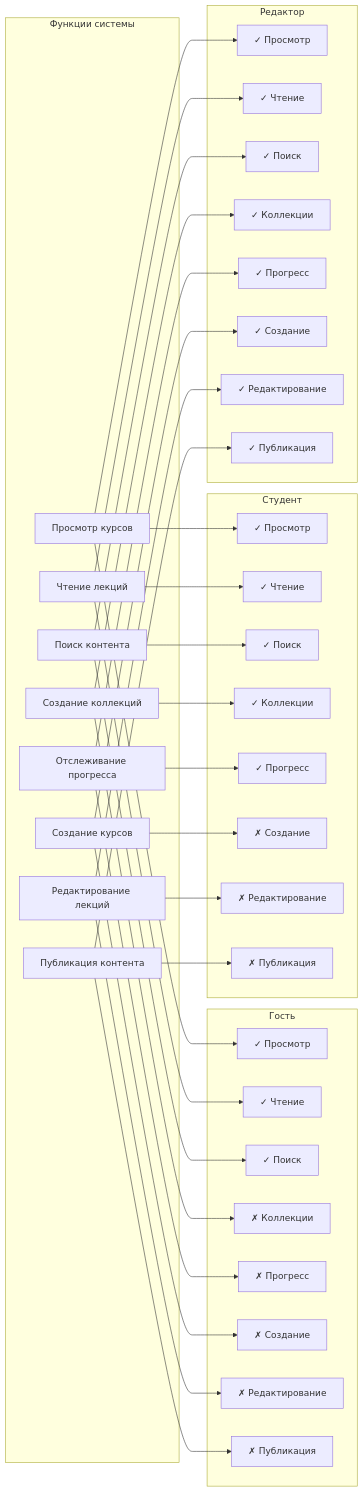
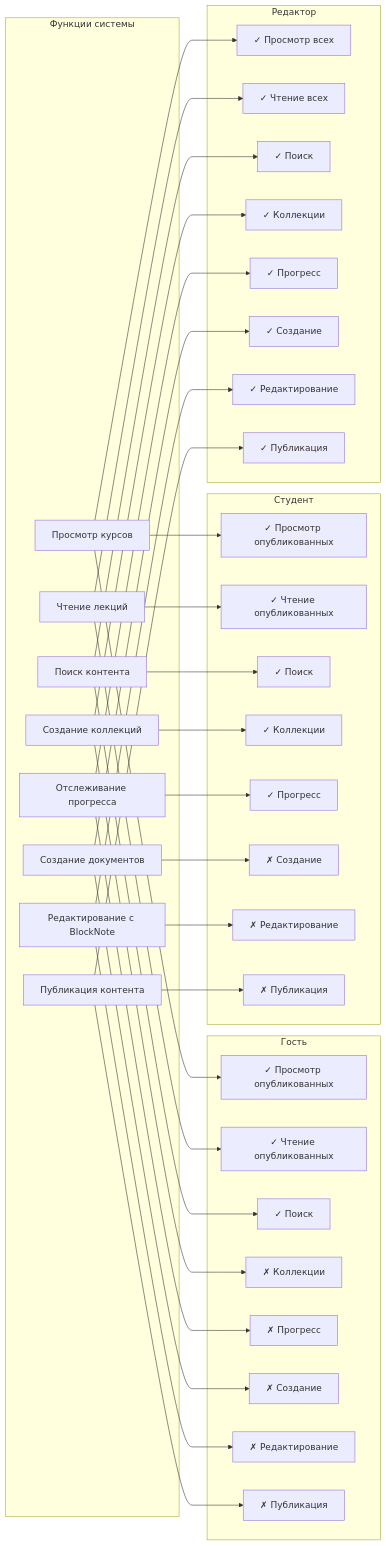
Before and after one commit to a1x02/BiGOR_2.0: the tenth of 11 diagrams in ARCHITECTURE_DIAGRAM.md, drawn with Mermaid. The commit also changed other lines of this file and 4 other files, not shown here.

````diff
--- a/ARCHITECTURE_DIAGRAM.md
+++ b/ARCHITECTURE_DIAGRAM.md
@@ -462,78 +441,78 @@
 ```mermaid
 graph LR
     subgraph "Функции системы"
         A[Просмотр курсов]
         B[Чтение лекций]
         C[Поиск контента]
         D[Создание коллекций]
         E[Отслеживание прогресса]
-        F[Создание курсов]
-        G[Редактирование лекций]
+        F[Создание документов]
+        G[Редактирование с BlockNote]
         H[Публикация контента]
     end
 
     subgraph "Гость"
-        I[✓ Просмотр]
-        J[✓ Чтение]
+        I[✓ Просмотр опубликованных]
+        J[✓ Чтение опубликованных]
         K[✓ Поиск]
         L[✗ Коллекции]
         M[✗ Прогресс]
         N[✗ Создание]
         O[✗ Редактирование]
         P[✗ Публикация]
     end
 
     subgraph "Студент"
-        Q[✓ Просмотр]
-        R[✓ Чтение]
+        Q[✓ Просмотр опубликованных]
+        R[✓ Чтение опубликованных]
         S[✓ Поиск]
         T[✓ Коллекции]
         U[✓ Прогресс]
         V[✗ Создание]
         W[✗ Редактирование]
         X[✗ Публикация]
     end
 
     subgraph "Редактор"
-        Y[✓ Просмотр]
-        Z[✓ Чтение]
+        Y[✓ Просмотр всех]
+        Z[✓ Чтение всех]
         AA[✓ Поиск]
         BB[✓ Коллекции]
         CC[✓ Прогресс]
         DD[✓ Создание]
         EE[✓ Редактирование]
         FF[✓ Публикация]
     end
 
     A --> I
     A --> Q
     A --> Y
 
     B --> J
     B --> R
     B --> Z
 
     C --> K
     C --> S
     C --> AA
 
     D --> L
     D --> T
     D --> BB
 
     E --> M
     E --> U
     E --> CC
 
     F --> N
     F --> V
     F --> DD
 
     G --> O
     G --> W
     G --> EE
 
     H --> P
     H --> X
     H --> FF
 ```
````
